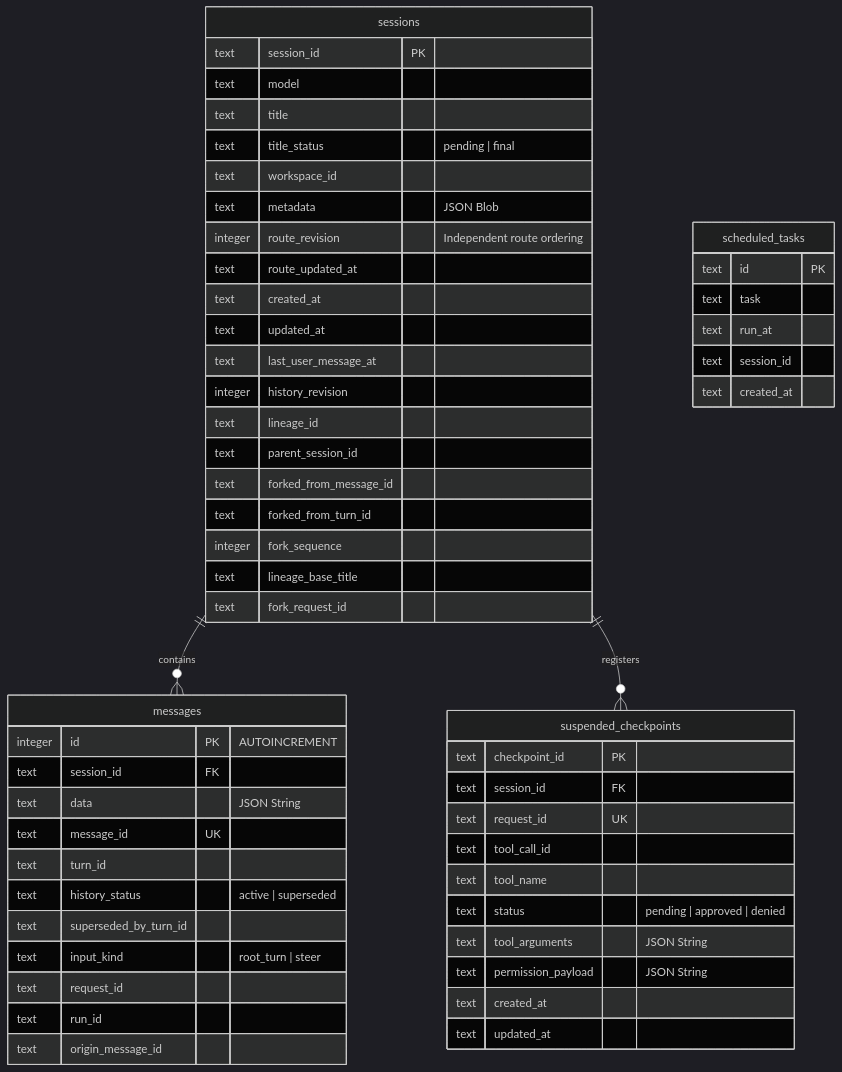
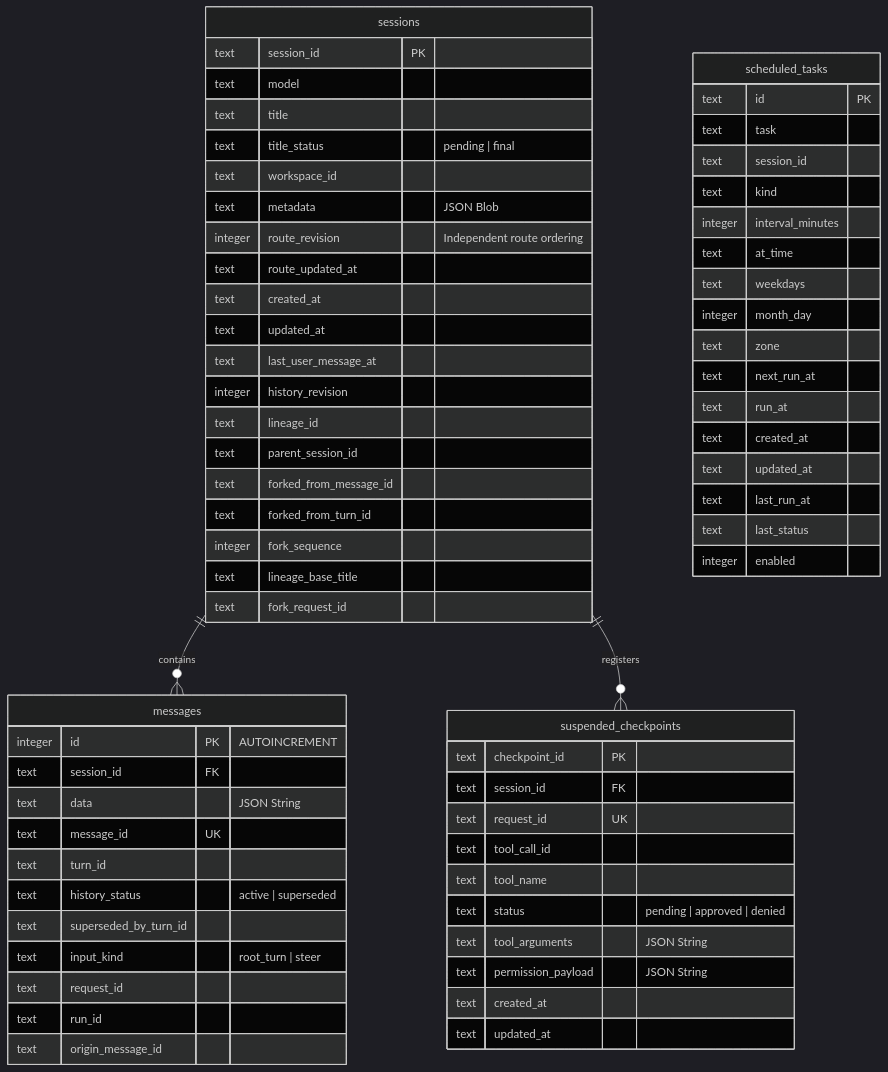
Before and after one commit to EastStarAI/sanad-agent: the first of 2 diagrams in docs/technical/agent_database_schema.md, drawn with Mermaid (dark theme). The commit also changed other lines of this file and 32 other files, not shown here.

````diff
--- a/docs/technical/agent_database_schema.md
+++ b/docs/technical/agent_database_schema.md
@@ -32,62 +32,73 @@
 ```mermaid
 erDiagram
     sessions ||--o{ messages : "contains"
     sessions ||--o{ suspended_checkpoints : "registers"
     
     sessions {
         text session_id PK
         text model
         text title
         text title_status "pending | final"
         text workspace_id
         text metadata "JSON Blob"
         integer route_revision "Independent route ordering"
         text route_updated_at
         text created_at
         text updated_at
         text last_user_message_at
         integer history_revision
         text lineage_id
         text parent_session_id
         text forked_from_message_id
         text forked_from_turn_id
         integer fork_sequence
         text lineage_base_title
         text fork_request_id
     }
     
     messages {
         integer id PK "AUTOINCREMENT"
         text session_id FK
         text data "JSON String"
         text message_id UK
         text turn_id
         text history_status "active | superseded"
         text superseded_by_turn_id
         text input_kind "root_turn | steer"
         text request_id
         text run_id
         text origin_message_id
     }
     
     scheduled_tasks {
         text id PK
         text task
+        text session_id
+        text kind
+        integer interval_minutes
+        text at_time
+        text weekdays
+        integer month_day
+        text zone
+        text next_run_at
         text run_at
-        text session_id
         text created_at
+        text updated_at
+        text last_run_at
+        text last_status
+        integer enabled
     }
     
     suspended_checkpoints {
         text checkpoint_id PK
         text session_id FK
         text request_id UK
         text tool_call_id
         text tool_name
         text status "pending | approved | denied"
         text tool_arguments "JSON String"
         text permission_payload "JSON String"
         text created_at
         text updated_at
     }
 ```
````
